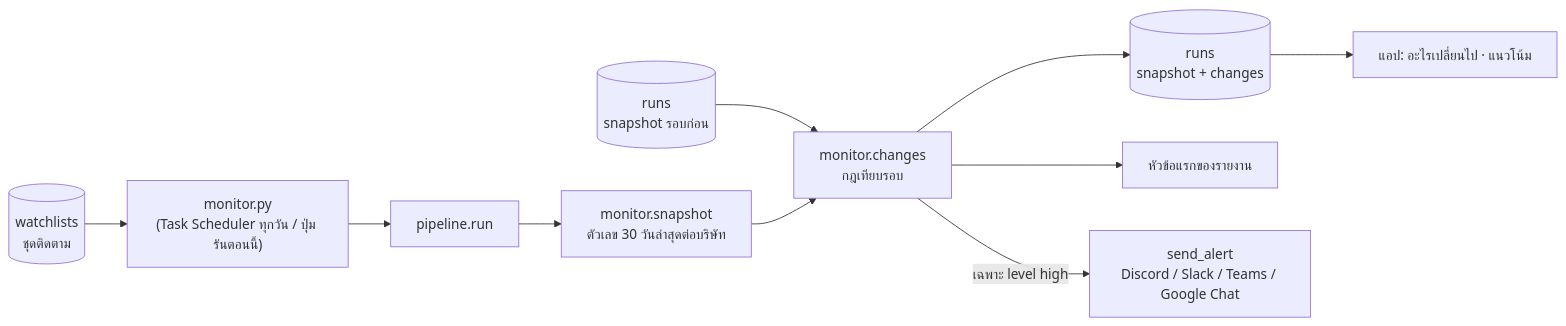
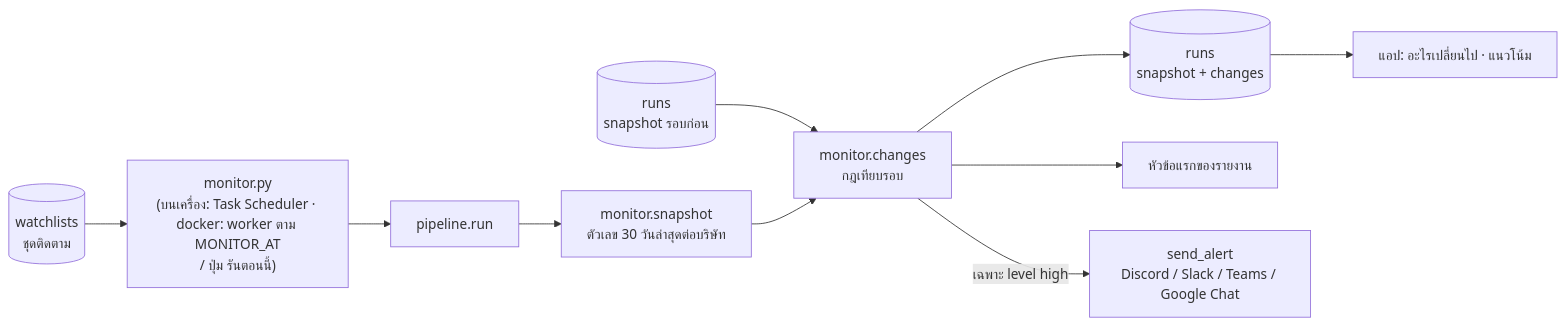
One commit to pepegummo/competitor-mockup changed the diagram in docs/systems/monitor.md. Above: the diagram before and after it, drawn with Mermaid. The commit also changed other lines of this file and 28 other files, not shown here.

First line of the commit message:
Docs: PostgreSQL/docker deploy, system flow diagrams, refreshed archify diagrams

````diff
--- a/docs/systems/monitor.md
+++ b/docs/systems/monitor.md
@@ -12,12 +12,12 @@
 ```mermaid
 flowchart LR
-    W[("watchlists<br/>ชุดติดตาม")] --> CLI["monitor.py<br/>(Task Scheduler ทุกวัน / ปุ่ม รันตอนนี้)"]
+    W[("watchlists<br/>ชุดติดตาม")] --> CLI["monitor.py<br/>(บนเครื่อง: Task Scheduler · docker: worker ตาม MONITOR_AT<br/>/ ปุ่ม รันตอนนี้)"]
     CLI --> RUN["pipeline.run"]
     RUN --> SNAP["monitor.snapshot<br/>ตัวเลข 30 วันล่าสุดต่อบริษัท"]
     PREV[("runs<br/>snapshot รอบก่อน")] --> CH
     SNAP --> CH["monitor.changes<br/>กฎเทียบรอบ"]
     CH --> SAVE[("runs<br/>snapshot + changes")]
     CH --> REP["หัวข้อแรกของรายงาน"]
     CH -->|"เฉพาะ level high"| HOOK["send_alert<br/>Discord / Slack / Teams / Google Chat"]
     SAVE --> UI["แอป: อะไรเปลี่ยนไป · แนวโน้ม"]
 ```
````
